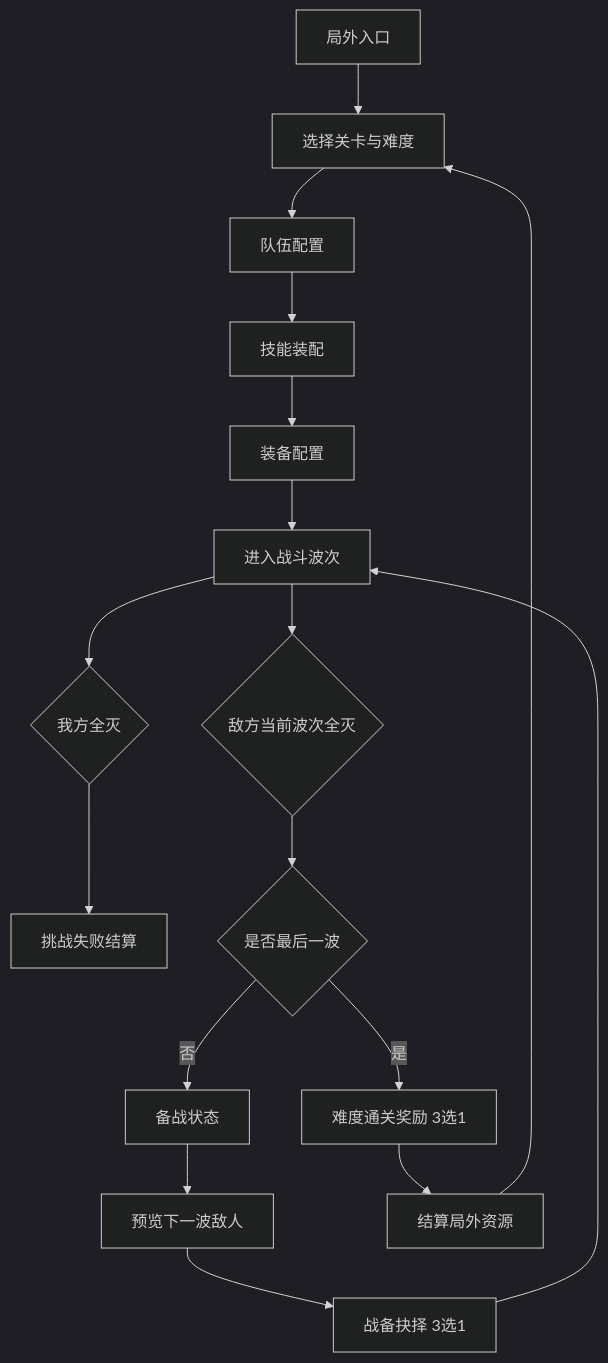
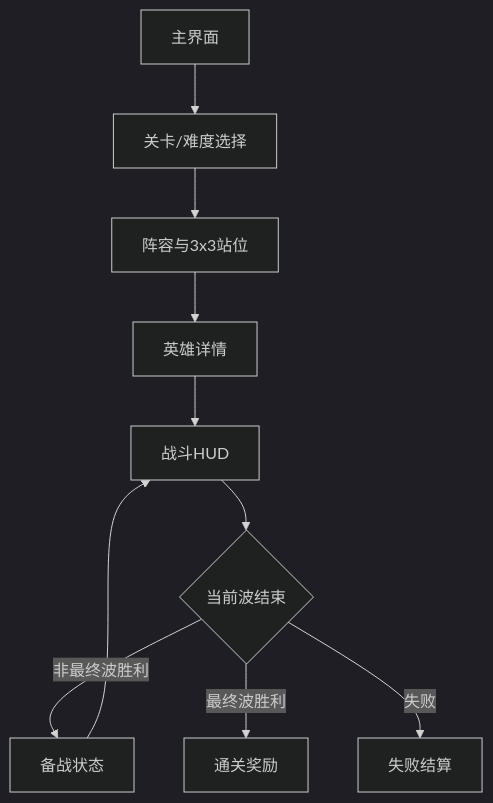
The diagram in project01/docs/design/ui-ux/screen-flow.md (littlemurloc/codexDocs), drawn with Mermaid (dark theme) before and after one commit. The commit also changed other lines of this file and 39 other files, not shown here.

````diff
--- a/project01/docs/design/ui-ux/screen-flow.md
+++ b/project01/docs/design/ui-ux/screen-flow.md
@@ -7,19 +5,12 @@
 ```mermaid
 flowchart TD
-  A["局外入口"] --> B["选择关卡与难度"]
-  B --> C["队伍配置"]
-  C --> D["技能装配"]
-  D --> E["装备配置"]
-  E --> F["进入战斗波次"]
-  F --> N{"我方全灭"}
-  N --> O["挑战失败结算"]
-  F --> G{"敌方当前波次全灭"}
-  G --> K{"是否最后一波"}
-  K -- "否" --> H["备战状态"]
-  H --> I["预览下一波敌人"]
-  I --> J["战备抉择 3选1"]
-  J --> F
-  K -- "是" --> L["难度通关奖励 3选1"]
-  L --> M["结算局外资源"]
-  M --> B
+  A[主界面] --> B[关卡/难度选择]
+  B --> C[阵容与3x3站位]
+  C --> D[英雄详情]
+  D --> E[战斗HUD]
+  E --> F{当前波结束}
+  F -->|非最终波胜利| G[备战状态]
+  G --> E
+  F -->|最终波胜利| H[通关奖励]
+  F -->|失败| I[失败结算]
 ```
````
